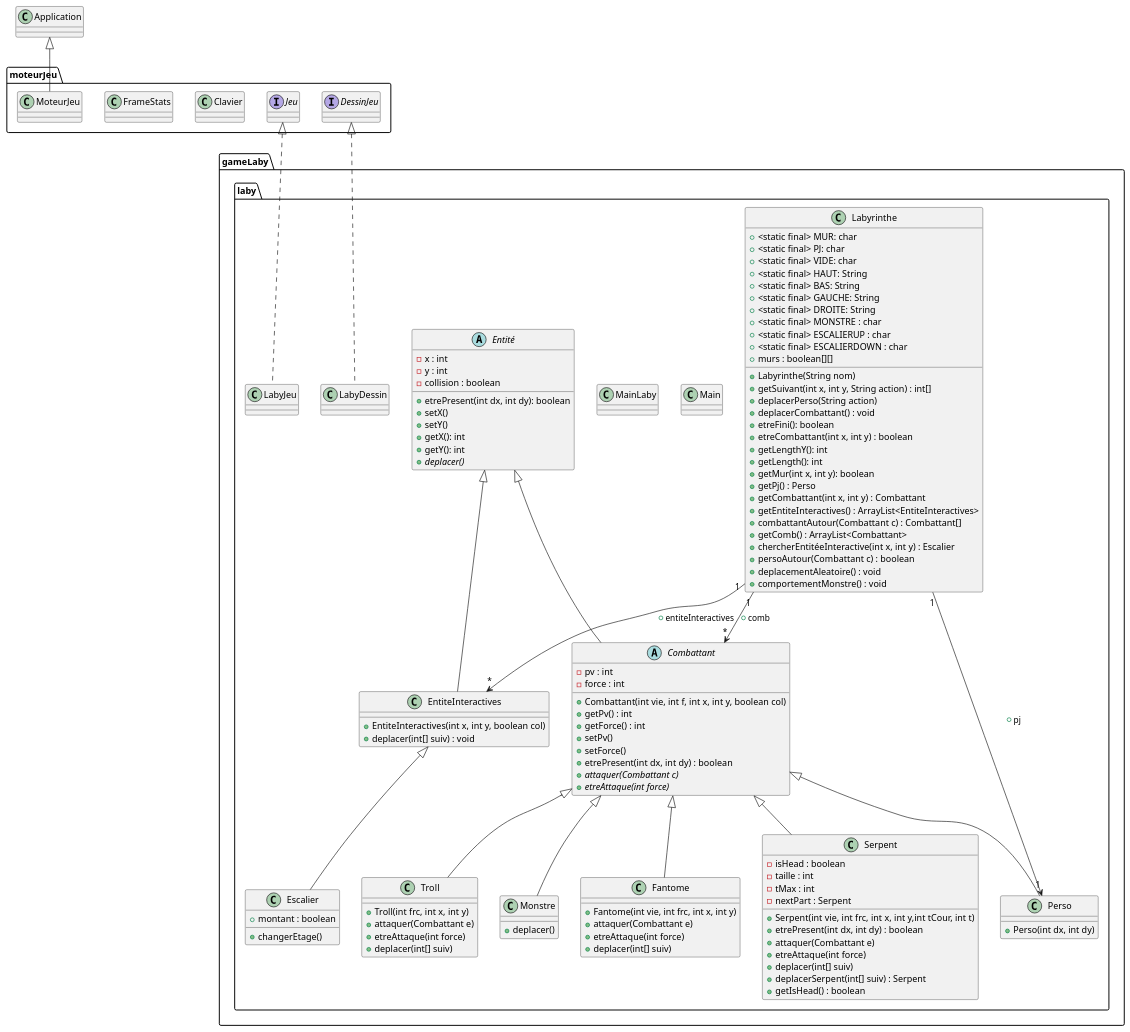
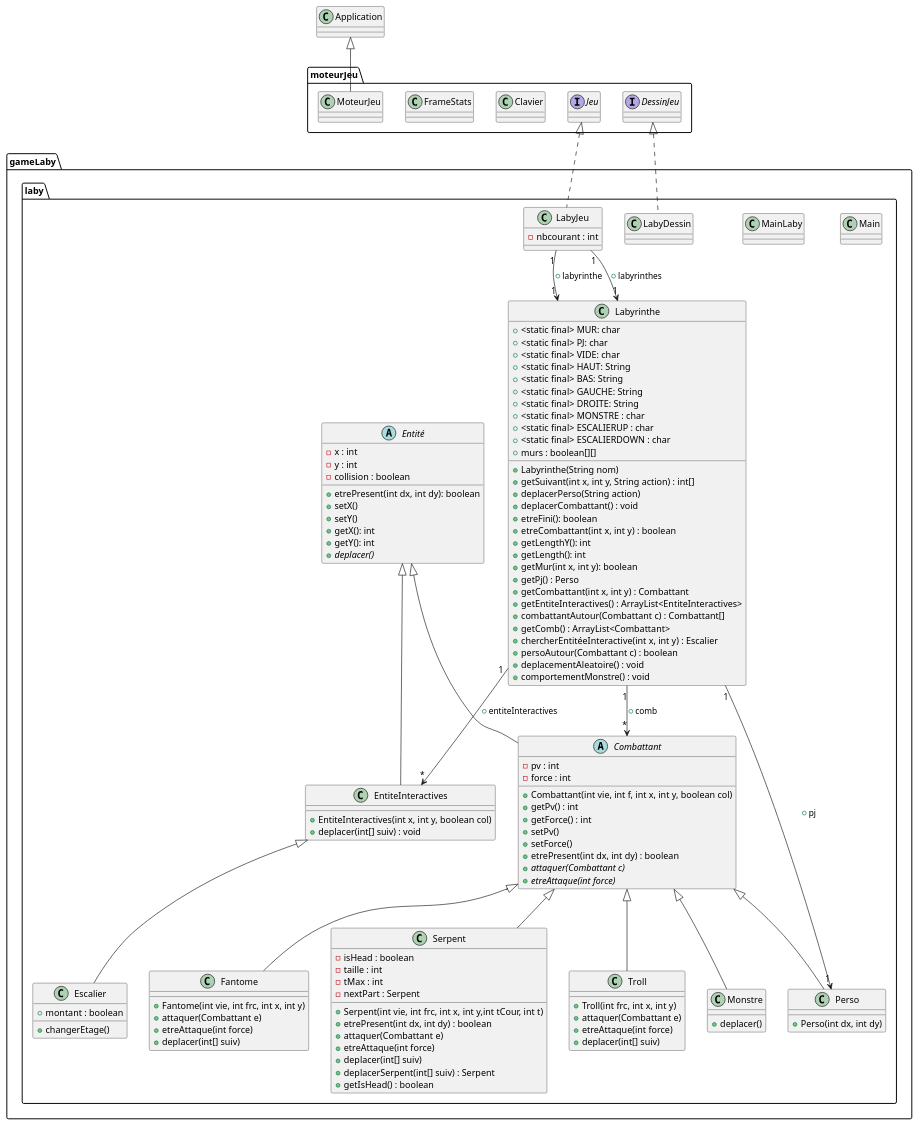
The diagram in zeldiablo/documents/version_3/diagclass_laby.puml (celie-ponroy/2023_S2.01_Zeldiablo_ponroy_roth_prykhodko_bortolotti), drawn with PlantUML before and after one commit. The commit also changed 2 other files, not shown here.

Commit message:
modif labyJeu

```diff
--- a/zeldiablo/documents/version_3/diagclass_laby.puml
+++ b/zeldiablo/documents/version_3/diagclass_laby.puml
@@ -1,158 +1,161 @@
 @startuml
 
 package gameLaby.laby{
 
 class Labyrinthe{
 + <static final> MUR: char
 + <static final> PJ: char
 + <static final> VIDE: char
 + <static final> HAUT: String
 + <static final> BAS: String
 + <static final> GAUCHE: String
 + <static final> DROITE: String
 + <static final> MONSTRE : char
 + <static final> ESCALIERUP : char
 + <static final> ESCALIERDOWN : char
 + murs : boolean[][]
 + Labyrinthe(String nom)
 + getSuivant(int x, int y, String action) : int[]
 + deplacerPerso(String action)
 + deplacerCombattant() : void
 + etreFini(): boolean
 + etreCombattant(int x, int y) : boolean
 + getLengthY(): int
 + getLength(): int
 + getMur(int x, int y): boolean
 + getPj() : Perso
 + getCombattant(int x, int y) : Combattant
 + getEntiteInteractives() : ArrayList<EntiteInteractives>
 + combattantAutour(Combattant c) : Combattant[]
 + getComb() : ArrayList<Combattant>
 + chercherEntitéeInteractive(int x, int y) : Escalier
 + persoAutour(Combattant c) : boolean
 + deplacementAleatoire() : void
 + comportementMonstre() : void
 }
 
 
 class Main{
 }
 
 class MainLaby{
 }
 
 class Perso{
 +Perso(int dx, int dy)
 }
 
 Abstract class Entité{
 - x : int
 - y : int
 - collision : boolean
 + etrePresent(int dx, int dy): boolean
 +setX()
 +setY()
 +getX(): int
 +getY(): int
 +{abstract}deplacer()
 }
 
 Abstract class Combattant{
 - pv : int
 - force : int
 + Combattant(int vie, int f, int x, int y, boolean col)
 + getPv() : int
 + getForce() : int
 + setPv()
 + setForce()
 + etrePresent(int dx, int dy) : boolean
 + {abstract}attaquer(Combattant c)
 + {abstract}etreAttaque(int force)
 }
 
 class EntiteInteractives{
 + EntiteInteractives(int x, int y, boolean col)
 + deplacer(int[] suiv) : void
 }
 
 class Monstre{
 + deplacer()
 }
 
 class Fantome{
 + Fantome(int vie, int frc, int x, int y)
 + attaquer(Combattant e)
 + etreAttaque(int force)
 + deplacer(int[] suiv)
 }
 
 class Serpent{
 - isHead : boolean
 - taille : int
 - tMax : int
 - nextPart : Serpent
 + Serpent(int vie, int frc, int x, int y,int tCour, int t)
 + etrePresent(int dx, int dy) : boolean
 + attaquer(Combattant e)
 + etreAttaque(int force)
 + deplacer(int[] suiv)
 + deplacerSerpent(int[] suiv) : Serpent
 + getIsHead() : boolean
 }
 
 class Troll{
 + Troll(int frc, int x, int y)
 + attaquer(Combattant e)
 + etreAttaque(int force)
 + deplacer(int[] suiv)
 }
 
 class Escalier{
 + montant : boolean
 + changerEtage()
 }
 
 class LabyJeu{
+- nbcourant : int
 }
 
 class LabyDessin{
 }
 
 }
 
 package moteurJeu{
 
 interface Jeu{
 }
 
 interface DessinJeu{
 }
 
 class Clavier{
 }
 
 class FrameStats{
 }
 
 class MoteurJeu{
 }
 
 }
 
 Labyrinthe "1" --> "*" EntiteInteractives : + entiteInteractives
 Labyrinthe "1" --> "*" Combattant : + comb
 Labyrinthe "1" --> "1" Perso : + pj
+LabyJeu "1" --> "1" Labyrinthe : + labyrinthe
+LabyJeu "1" --> "1" Labyrinthe : + labyrinthes
 
 Entité <|-- Combattant
 Entité <|-- EntiteInteractives
 Combattant <|-- Monstre
 Combattant <|-- Perso
 Combattant <|-- Fantome
 Combattant <|-- Serpent
 Combattant <|-- Troll
 EntiteInteractives <|-- Escalier
 Jeu <|.. LabyJeu
 DessinJeu <|.. LabyDessin
 Application <|-- MoteurJeu
 
 @enduml
```
